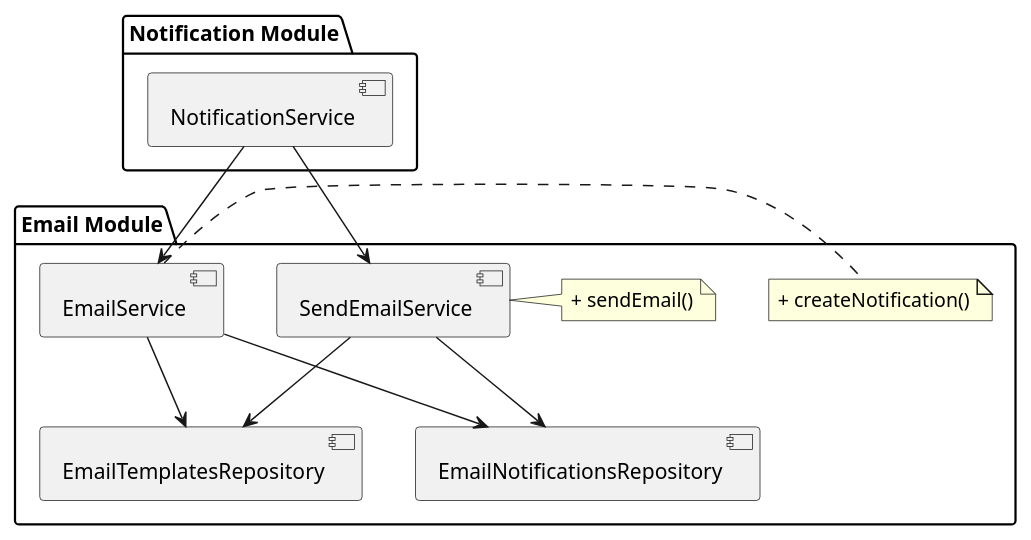
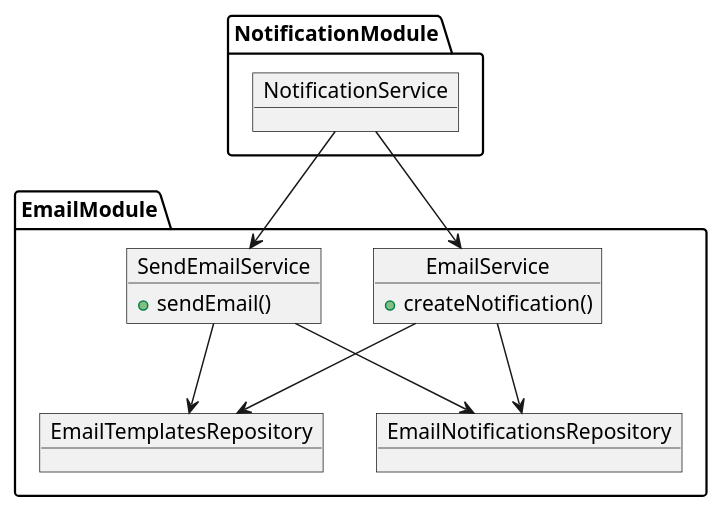
Before and after one commit to Joazen544/house-cowork-architecture: the diagram in docs/diagrams/notification/notification-system-with-email.puml, drawn with PlantUML.

Commit message:
change to object so we can add function into services

```diff
--- a/docs/diagrams/notification/notification-system-with-email.puml
+++ b/docs/diagrams/notification/notification-system-with-email.puml
@@ -1,29 +1,31 @@
 @startuml notification-system-with-email
 
-package "Notification Module" {
-  [NotificationService]
+package NotificationModule {
+  object NotificationService {
+  }
 }
 
-package "Email Module" {
-  [EmailService]
-  note right of [EmailService]
+package EmailModule {
+  object EmailService {
     + createNotification()
-  end note
+  } 
 
-  [SendEmailService]
-  note right of [SendEmailService]
+  object SendEmailService {
     + sendEmail()
-  end note
+  }
 
-  [EmailTemplatesRepository]
-  [EmailNotificationsRepository]
+  object EmailTemplatesRepository {
+  }
 
-  [EmailService] --> [EmailTemplatesRepository]
-  [EmailService] --> [EmailNotificationsRepository]
-  [SendEmailService] --> [EmailTemplatesRepository]
-  [SendEmailService] --> [EmailNotificationsRepository]
+  object EmailNotificationsRepository {
+  }
+
+  EmailService --> EmailTemplatesRepository
+  EmailService --> EmailNotificationsRepository
+  SendEmailService --> EmailTemplatesRepository
+  SendEmailService --> EmailNotificationsRepository
 }
 
-[NotificationService] --> [EmailService]
-[NotificationService] --> [SendEmailService]
+NotificationService --> EmailService
+NotificationService --> SendEmailService
 @enduml
```
